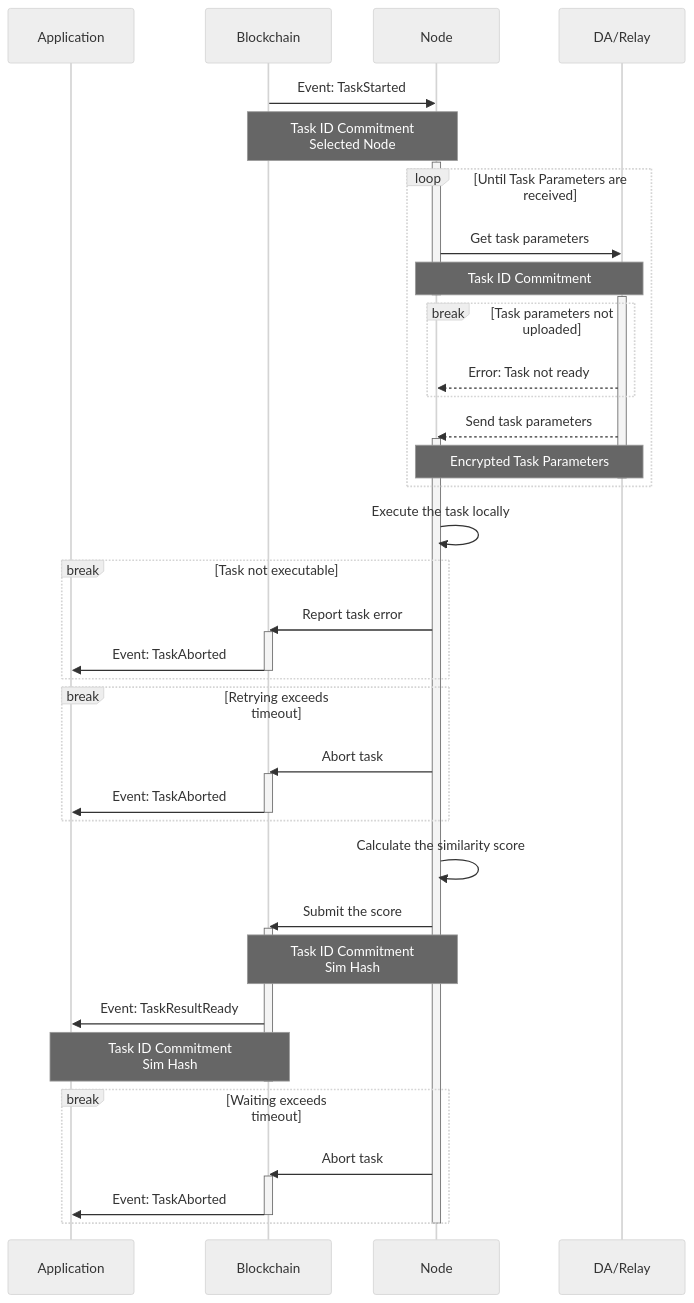
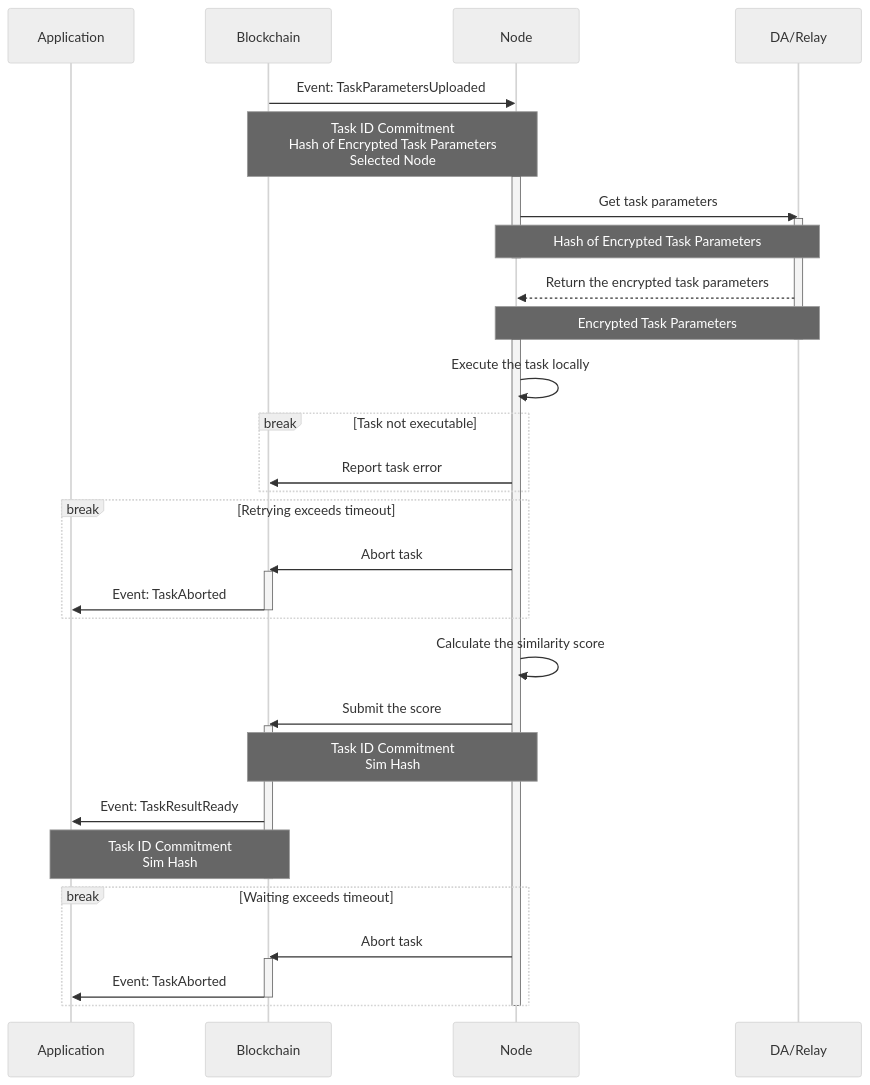
Before and after one commit to crynux-ai/documentation: the second of 4 diagrams in gitbook/system-design/task-lifecycle.md, drawn with Mermaid (neutral theme). The commit also changed other lines of this file, not shown here.

Commit message:
GITBOOK-279: No subject

````diff
--- a/gitbook/system-design/task-lifecycle.md
+++ b/gitbook/system-design/task-lifecycle.md
@@ -104,58 +104,51 @@
 ```mermaid
 sequenceDiagram
     Participant A as Application
     Participant B as Blockchain
     Participant N as Node
     Participant R as DA/Relay
 
-    B ->> N: Event: TaskStarted
-    Note over B,N: Task ID Commitment<br />Selected Node
+    B ->> N: Event: TaskParametersUploaded
+    Note over B,N: Task ID Commitment<br/>Hash of Encrypted Task Parameters<br/>Selected Node
     activate N
-    loop Until Task Parameters are received
-        N ->> R: Get task parameters
-        Note over N,R: Task ID Commitment
-        deactivate N
-        activate R
-        break Task parameters not uploaded
-            R -->> N: Error: Task not ready
-        end
-        R -->> N: Send task parameters
-        activate N
-        Note over N,R: Encrypted Task Parameters
-        deactivate R
-    end
+    N ->> R: Get task parameters
+    activate R
+    Note over N,R: Hash of Encrypted Task Parameters
+    deactivate N
+    
+    R -->> N: Return the encrypted task parameters
+    Note over N,R: Encrypted Task Parameters
 
+    deactivate R
+    activate N
     N ->> N: Execute the task locally
 
     break Task not executable
         N ->> B: Report task error
-        activate B
-        B ->> A: Event: TaskAborted
-        deactivate B
     end
 
     break Retrying exceeds timeout
         N ->> B: Abort task
         activate B
         B ->> A: Event: TaskAborted
         deactivate B
     end
     
     N ->> N: Calculate the similarity score
     N ->> B: Submit the score
     activate B
     Note over N,B: Task ID Commitment<br/>Sim Hash
     B ->> A: Event: TaskResultReady
     Note over A,B: Task ID Commitment<br/>Sim Hash
     deactivate B
 
     break Waiting exceeds timeout
         N ->> B: Abort task
         activate B
         B ->> A: Event: TaskAborted
         deactivate B
     end
 
     deactivate N
 
 ```
````
